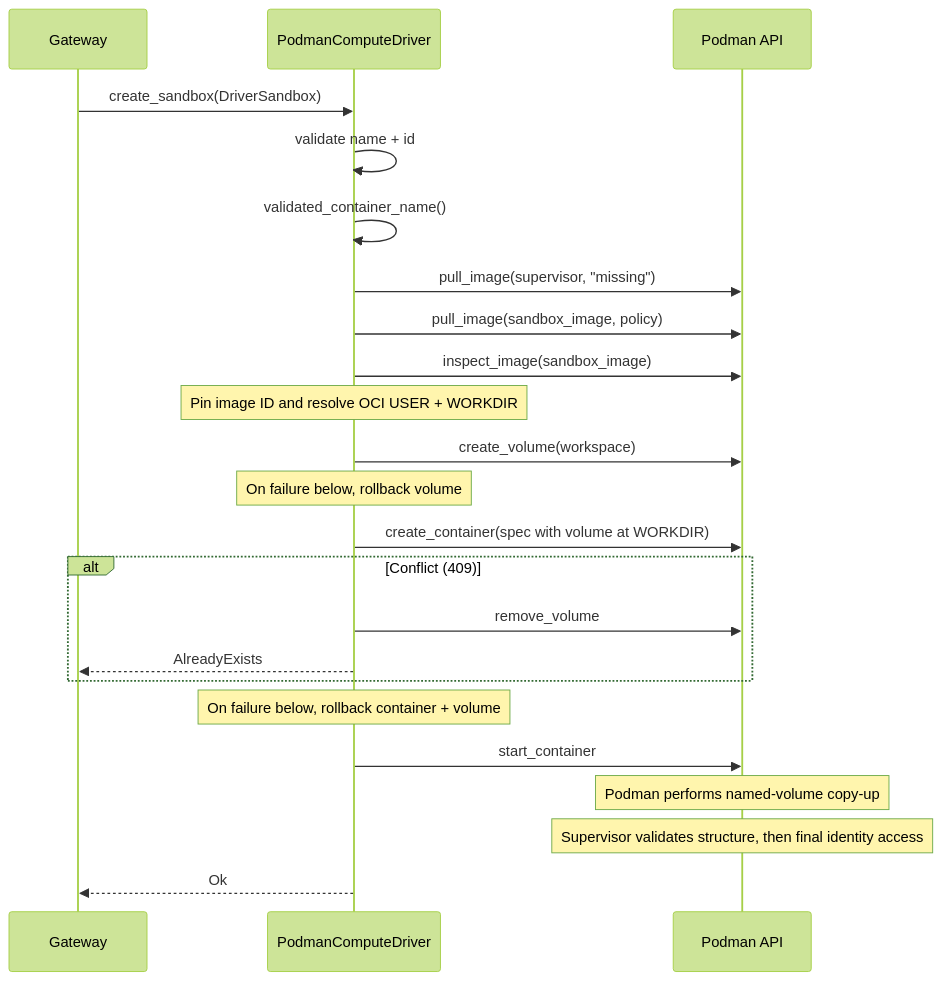
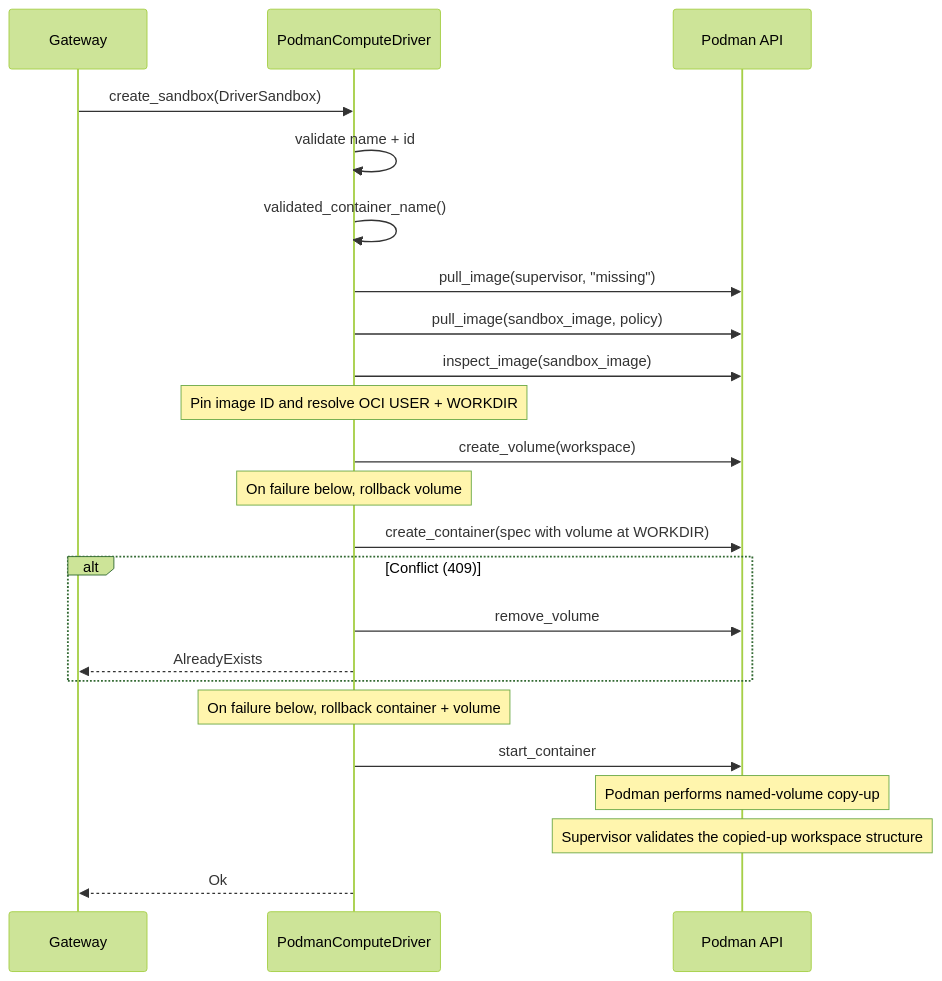
One commit to saariuslystoned/OpenShell changed the fourth of 4 diagrams in crates/openshell-driver-podman/README.md. Above: the diagram before and after it, drawn with Mermaid (forest theme). The commit also changed other lines of this file and 11 other files, not shown here.

````diff
--- a/crates/openshell-driver-podman/README.md
+++ b/crates/openshell-driver-podman/README.md
@@ -308,30 +308,30 @@
 ```mermaid
 sequenceDiagram
     participant GW as Gateway
     participant D as PodmanComputeDriver
     participant P as Podman API
 
     GW->>D: create_sandbox(DriverSandbox)
     D->>D: validate name + id
     D->>D: validated_container_name()
 
     D->>P: pull_image(supervisor, "missing")
     D->>P: pull_image(sandbox_image, policy)
     D->>P: inspect_image(sandbox_image)
     Note over D: Pin image ID and resolve OCI USER + WORKDIR
 
     D->>P: create_volume(workspace)
     Note over D: On failure below, rollback volume
 
     D->>P: create_container(spec with volume at WORKDIR)
     alt Conflict (409)
         D->>P: remove_volume
         D-->>GW: AlreadyExists
     end
     Note over D: On failure below, rollback container + volume
 
     D->>P: start_container
     Note over P: Podman performs named-volume copy-up
-    Note over P: Supervisor validates structure, then final identity access
+    Note over P: Supervisor validates the copied-up workspace structure
     D-->>GW: Ok
 ```
````
